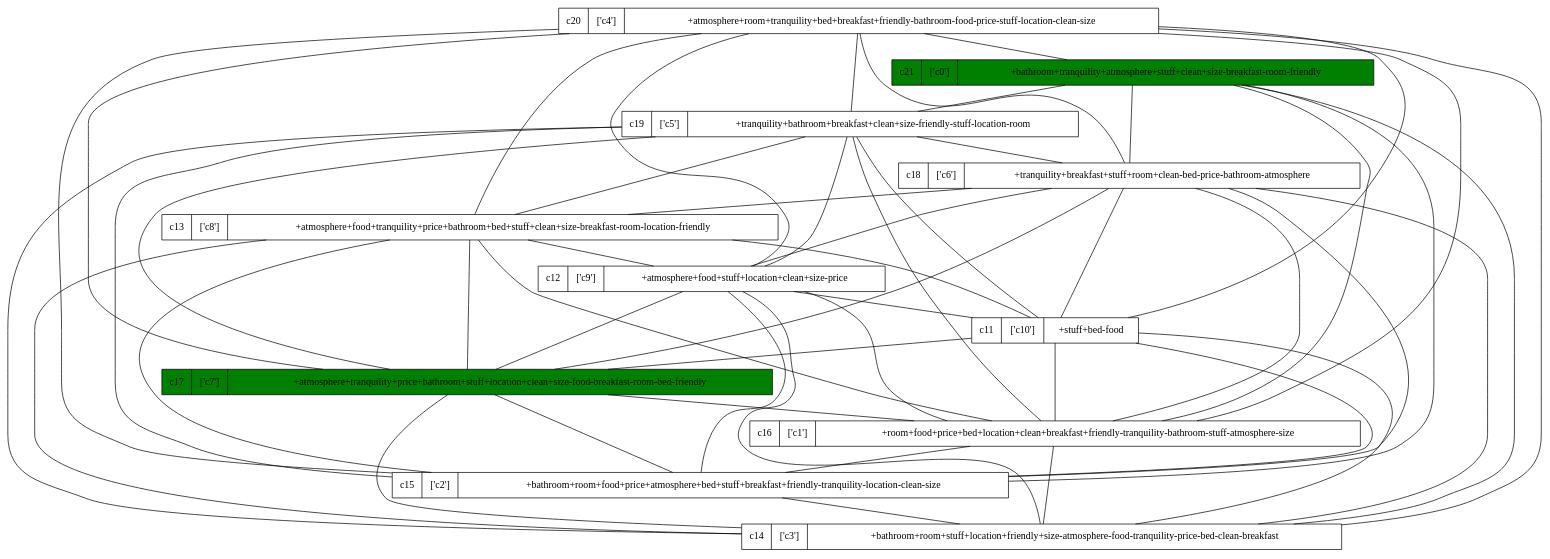
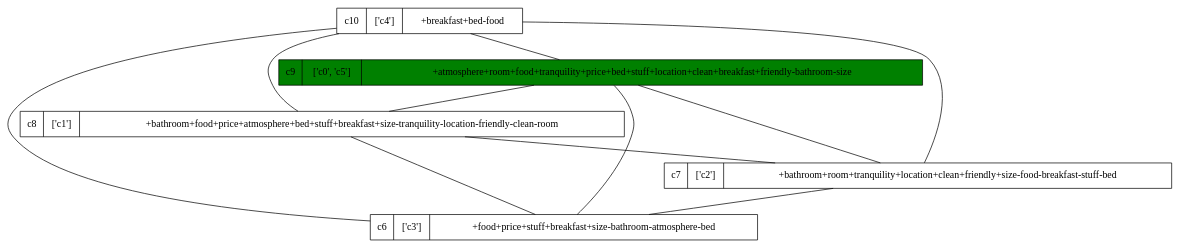
Before and after one commit to nicorotstein/juan_alberto: the diagram in compressed_non-redundant_graph.dot, drawn with Graphviz. The commit also changed 9 other files, not shown here.

```diff
--- a/compressed_non-redundant_graph.dot
+++ b/compressed_non-redundant_graph.dot
@@ -1,64 +1,17 @@
 strict digraph G {
-c20 [shape=record, label="c20 | ['c4'] | +atmosphere+room+tranquility+bed+breakfast+friendly-bathroom-food-price-stuff-location-clean-size"];
-c21 [shape=record, label="c21 | ['c0'] | +bathroom+tranquility+atmosphere+stuff+clean+size-breakfast-room-friendly", style=filled, fillcolor=green];
-c19 [shape=record, label="c19 | ['c5'] | +tranquility+bathroom+breakfast+clean+size-friendly-stuff-location-room"];
-c18 [shape=record, label="c18 | ['c6'] | +tranquility+breakfast+stuff+room+clean-bed-price-bathroom-atmosphere"];
-c13 [shape=record, label="c13 | ['c8'] | +atmosphere+food+tranquility+price+bathroom+bed+stuff+clean+size-breakfast-room-location-friendly"];
-c12 [shape=record, label="c12 | ['c9'] | +atmosphere+food+stuff+location+clean+size-price"];
-c11 [shape=record, label="c11 | ['c10'] | +stuff+bed-food"];
-c17 [shape=record, label="c17 | ['c7'] | +atmosphere+tranquility+price+bathroom+stuff+location+clean+size-food-breakfast-room-bed-friendly", style=filled, fillcolor=green];
-c16 [shape=record, label="c16 | ['c1'] | +room+food+price+bed+location+clean+breakfast+friendly-tranquility-bathroom-stuff-atmosphere-size"];
-c15 [shape=record, label="c15 | ['c2'] | +bathroom+room+food+price+atmosphere+bed+stuff+breakfast+friendly-tranquility-location-clean-size"];
-c14 [shape=record, label="c14 | ['c3'] | +bathroom+room+stuff+location+friendly+size-atmosphere-food-tranquility-price-bed-clean-breakfast"];
-c20 -> c21  [dir=none];
-c20 -> c19  [dir=none];
-c20 -> c18  [dir=none];
-c20 -> c13  [dir=none];
-c20 -> c12  [dir=none];
-c20 -> c11  [dir=none];
-c20 -> c17  [dir=none];
-c20 -> c16  [dir=none];
-c20 -> c15  [dir=none];
-c20 -> c14  [dir=none];
-c21 -> c19  [dir=none];
-c21 -> c18  [dir=none];
-c21 -> c16  [dir=none];
-c21 -> c15  [dir=none];
-c21 -> c14  [dir=none];
-c19 -> c18  [dir=none];
-c19 -> c13  [dir=none];
-c19 -> c12  [dir=none];
-c19 -> c11  [dir=none];
-c19 -> c17  [dir=none];
-c19 -> c16  [dir=none];
-c19 -> c15  [dir=none];
-c19 -> c14  [dir=none];
-c18 -> c13  [dir=none];
-c18 -> c12  [dir=none];
-c18 -> c11  [dir=none];
-c18 -> c17  [dir=none];
-c18 -> c16  [dir=none];
-c18 -> c15  [dir=none];
-c18 -> c14  [dir=none];
-c13 -> c12  [dir=none];
-c13 -> c11  [dir=none];
-c13 -> c17  [dir=none];
-c13 -> c16  [dir=none];
-c13 -> c15  [dir=none];
-c13 -> c14  [dir=none];
-c12 -> c11  [dir=none];
-c12 -> c17  [dir=none];
-c12 -> c16  [dir=none];
-c12 -> c15  [dir=none];
-c12 -> c14  [dir=none];
-c11 -> c17  [dir=none];
-c11 -> c16  [dir=none];
-c11 -> c15  [dir=none];
-c11 -> c14  [dir=none];
-c17 -> c16  [dir=none];
-c17 -> c15  [dir=none];
-c17 -> c14  [dir=none];
-c16 -> c15  [dir=none];
-c16 -> c14  [dir=none];
-c15 -> c14  [dir=none];
+c10 [shape=record, label="c10 | ['c4'] | +breakfast+bed-food"];
+c9 [shape=record, label="c9 | ['c0', 'c5'] | +atmosphere+room+food+tranquility+price+bed+stuff+location+clean+breakfast+friendly-bathroom-size", style=filled, fillcolor=green];
+c8 [shape=record, label="c8 | ['c1'] | +bathroom+food+price+atmosphere+bed+stuff+breakfast+size-tranquility-location-friendly-clean-room"];
+c7 [shape=record, label="c7 | ['c2'] | +bathroom+room+tranquility+location+clean+friendly+size-food-breakfast-stuff-bed"];
+c6 [shape=record, label="c6 | ['c3'] | +food+price+stuff+breakfast+size-bathroom-atmosphere-bed"];
+c10 -> c9  [dir=none];
+c10 -> c8  [dir=none];
+c10 -> c7  [dir=none];
+c10 -> c6  [dir=none];
+c9 -> c8  [dir=none];
+c9 -> c7  [dir=none];
+c9 -> c6  [dir=none];
+c8 -> c7  [dir=none];
+c8 -> c6  [dir=none];
+c7 -> c6  [dir=none];
 }
```
